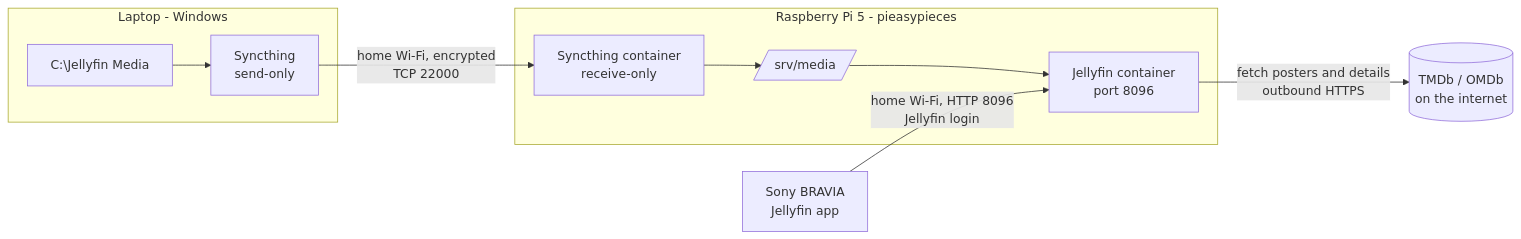
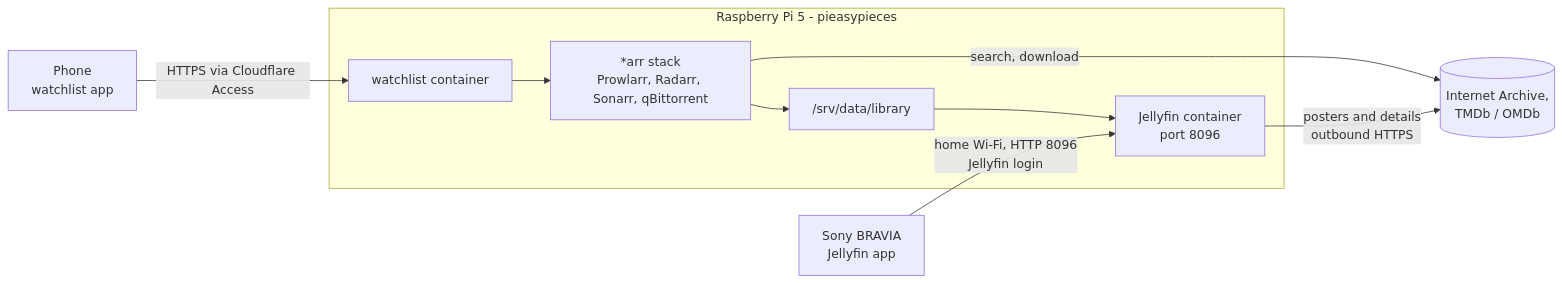
The first of 2 diagrams in docs/media-server.md (upendrasinghgusain/pi-flix), drawn with Mermaid before and after one commit. The commit also changed other lines of this file and 20 other files, not shown here.

First line of the commit message:
Retire the laptop pipeline; add a one-page journey diagram

````diff
--- a/docs/media-server.md
+++ b/docs/media-server.md
@@ -31,18 +9,17 @@
 ```mermaid
 flowchart LR
-    subgraph PC[Laptop - Windows]
-        F[C:\Jellyfin Media]
-        ST1[Syncthing<br/>send-only]
-    end
+    PHONE[Phone<br/>watchlist app]
     subgraph PI[Raspberry Pi 5 - pieasypieces]
-        ST2[Syncthing container<br/>receive-only]
-        M[/srv/media/]
+        WL[watchlist container]
+        ARR["*arr stack<br/>Prowlarr, Radarr, Sonarr, qBittorrent"]
+        L["/srv/data/library"]
         JF[Jellyfin container<br/>port 8096]
     end
     TV[Sony BRAVIA<br/>Jellyfin app]
-    NET[(TMDb / OMDb<br/>on the internet)]
+    NET[(Internet Archive,<br/>TMDb / OMDb)]
 
-    F --> ST1 -- "home Wi-Fi, encrypted<br/>TCP 22000" --> ST2 --> M --> JF
-    JF -- "fetch posters and details<br/>outbound HTTPS" --> NET
+    PHONE -- "HTTPS via Cloudflare Access" --> WL --> ARR --> L --> JF
+    ARR -- "search, download" --> NET
+    JF -- "posters and details<br/>outbound HTTPS" --> NET
     TV -- "home Wi-Fi, HTTP 8096<br/>Jellyfin login" --> JF
 ```
````
